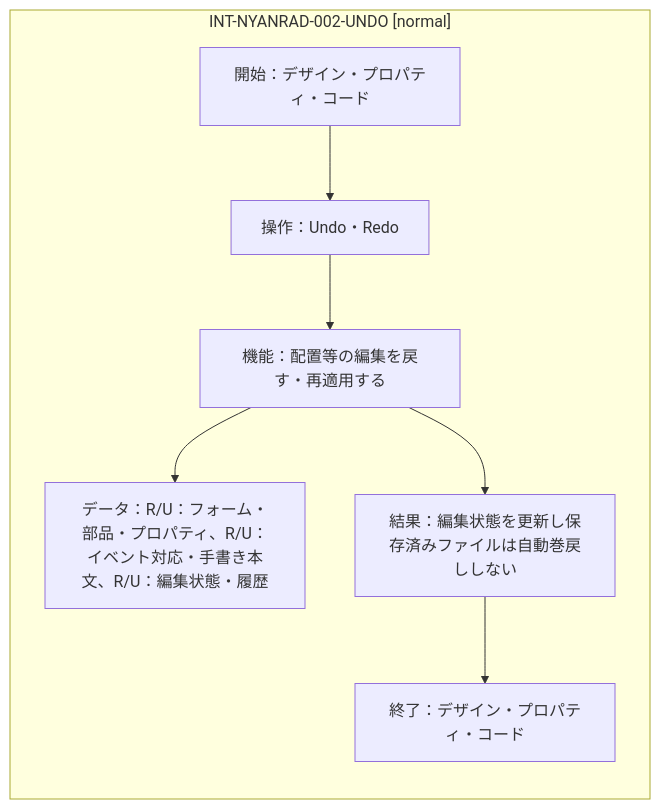
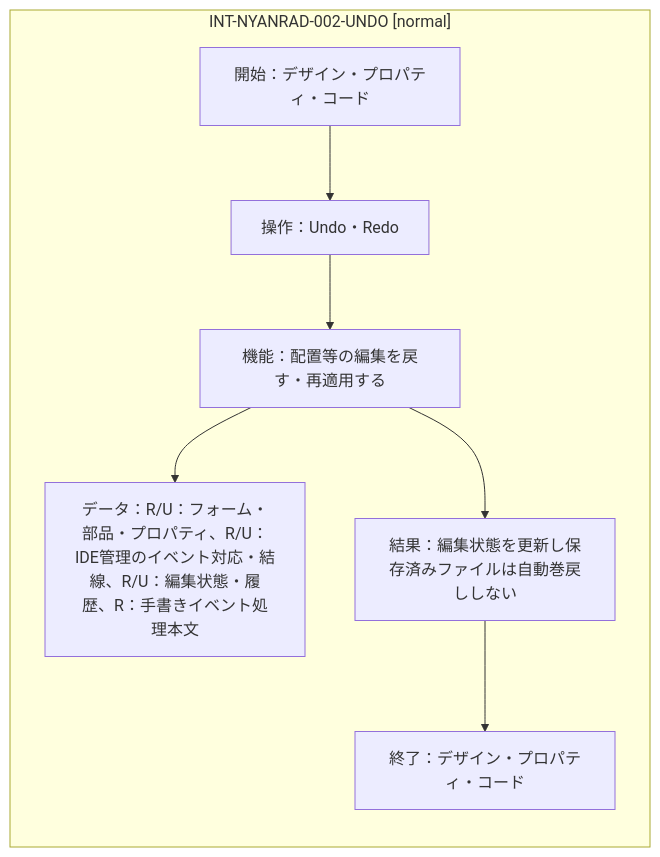
One commit to kosaru/NyanRAD changed the diagram in planning/ifdam/IFDAM-NYANRAD-002/diagrams/04.mmd. Above: the diagram before and after it, drawn with Mermaid. The commit also changed 37 other files, not shown here.

```diff
--- a/planning/ifdam/IFDAM-NYANRAD-002/diagrams/04.mmd
+++ b/planning/ifdam/IFDAM-NYANRAD-002/diagrams/04.mmd
@@ -1,6 +1,6 @@
 flowchart LR
   subgraph I["INT-NYANRAD-002-UNDO [normal]"]
     U["開始：デザイン・プロパティ・コード"] --> E["操作：Undo・Redo"] --> F["機能：配置等の編集を戻す・再適用する"]
-    F --> D["データ：R/U：フォーム・部品・プロパティ、R/U：イベント対応・手書き本文、R/U：編集状態・履歴"]
+    F --> D["データ：R/U：フォーム・部品・プロパティ、R/U：IDE管理のイベント対応・結線、R/U：編集状態・履歴、R：手書きイベント処理本文"]
     F --> R["結果：編集状態を更新し保存済みファイルは自動巻戻ししない"] --> T["終了：デザイン・プロパティ・コード"]
   end
```
